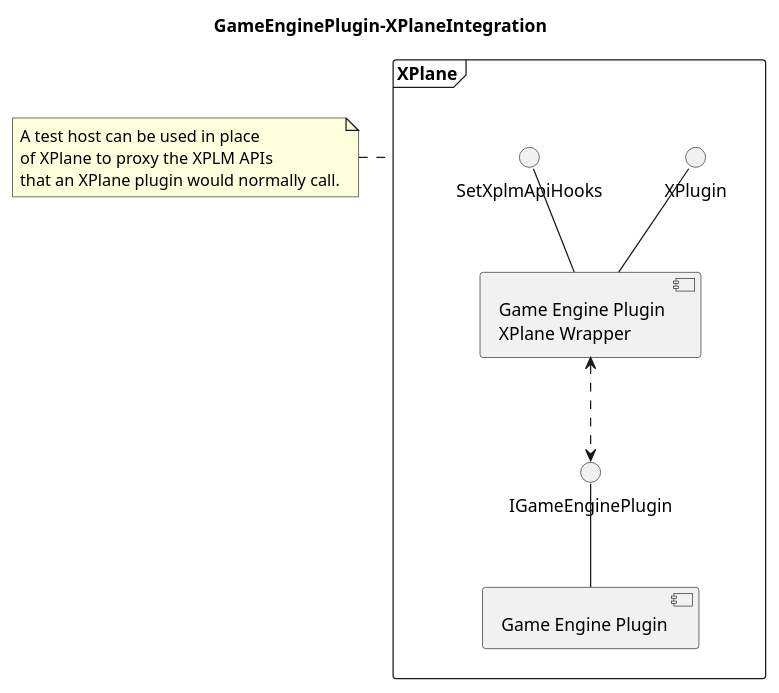
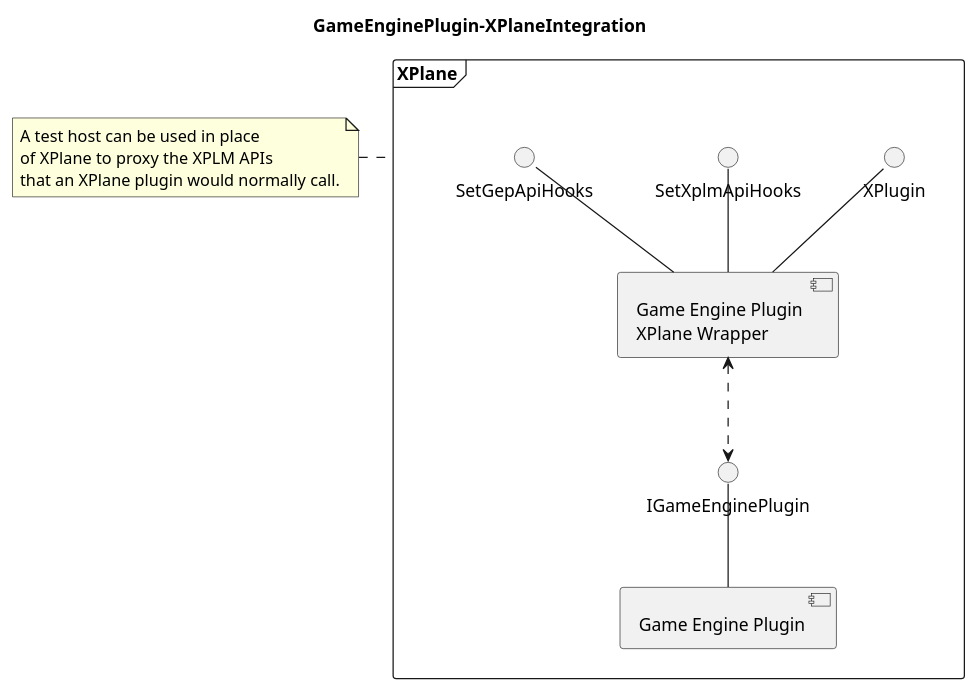
One commit to stevostj/Sandbox changed the diagram in GameEnginePlugin/Docs/SourceDiagrams/GameEnginePlugin-XPlaneIntegration-Component.plantuml. Above: the diagram before and after it, drawn with PlantUML. The commit also changed 8 other files, not shown here.

```diff
--- a/GameEnginePlugin/Docs/SourceDiagrams/GameEnginePlugin-XPlaneIntegration-Component.plantuml
+++ b/GameEnginePlugin/Docs/SourceDiagrams/GameEnginePlugin-XPlaneIntegration-Component.plantuml
@@ -1,27 +1,29 @@
 @startuml
 
 title "GameEnginePlugin-XPlaneIntegration"
 
 frame "XPlane" as HA {
 [Game Engine Plugin \nXPlane Wrapper] as XPW
 [Game Engine Plugin] as GEP
 () "IGameEnginePlugin" as IGEP
 () "XPlugin" as IXP
 () "SetXplmApiHooks" as IXPLMAPI
+() "SetGepApiHooks" as IGEPAPI
 }
 
 note left of HA
 A test host can be used in place
 of XPlane to proxy the XPLM APIs
 that an XPlane plugin would normally call.
 end note
 
 IGEP -- GEP
 
 IXP -- XPW
 IXPLMAPI -- XPW
+IGEPAPI -- XPW
 
 XPW <..> IGEP
 
 
 @enduml
```
